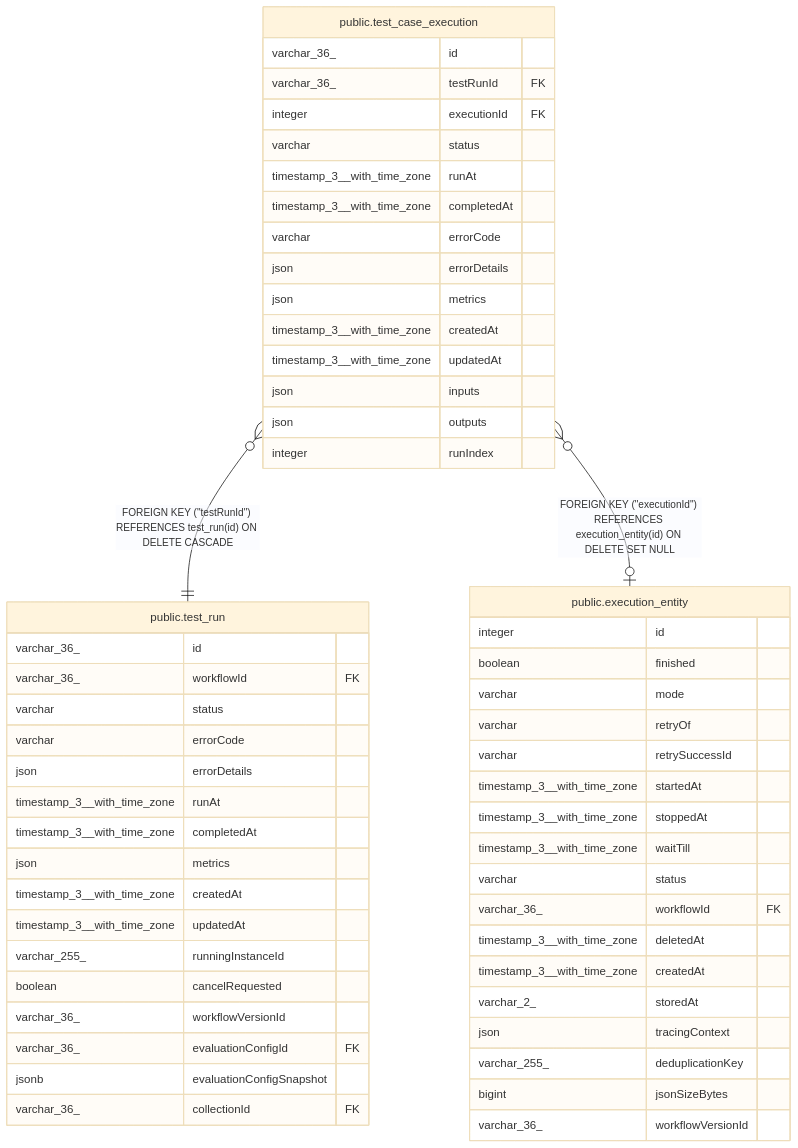
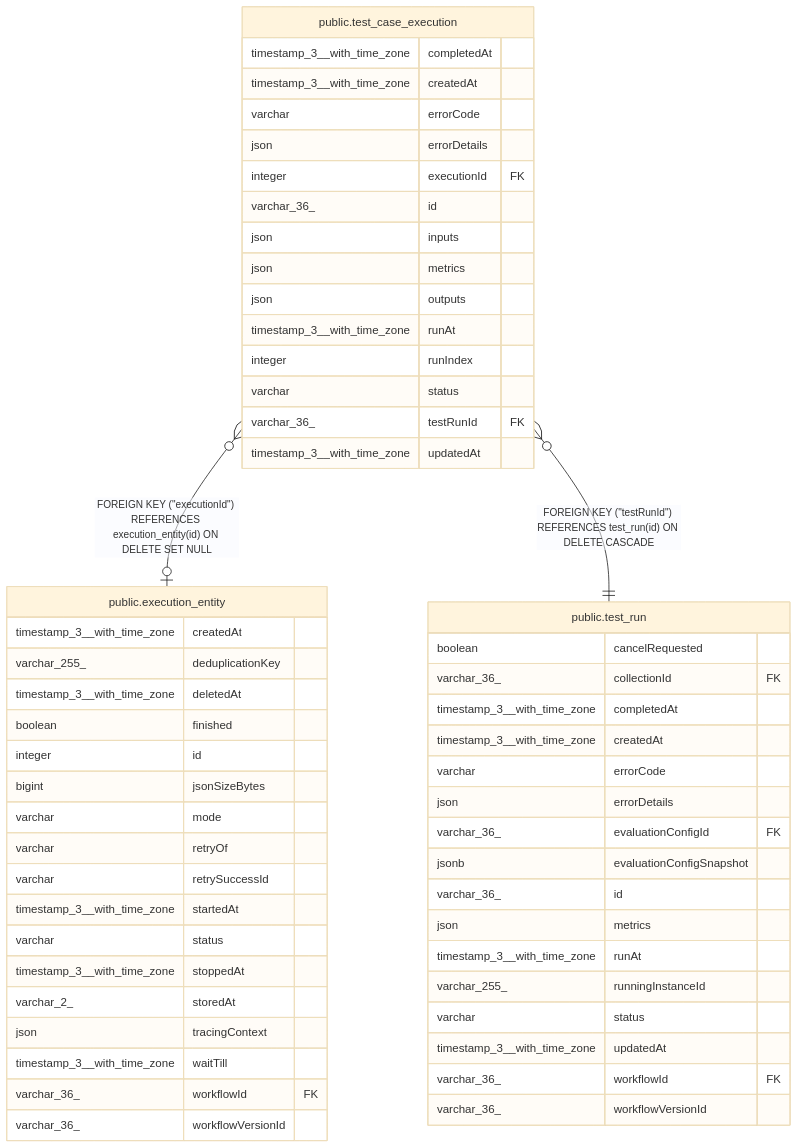
One commit to mayankjain1815-commits/n8n changed the diagram in docs/generated/postgres-schema/public.test_case_execution.md. Above: the diagram before and after it, drawn with Mermaid (base theme). The commit also changed other lines of this file and 221 other files, not shown here.

Commit message:
chore(core): Make DB schema docs generation deterministic (#32373)

````diff
--- a/docs/generated/postgres-schema/public.test_case_execution.md
+++ b/docs/generated/postgres-schema/public.test_case_execution.md
@@ -44,60 +44,60 @@
 ```mermaid
 erDiagram
 
+"public.test_case_execution" }o--o| "public.execution_entity" : "FOREIGN KEY (#quot;executionId#quot;) REFERENCES execution_entity(id) ON DELETE SET NULL"
 "public.test_case_execution" }o--|| "public.test_run" : "FOREIGN KEY (#quot;testRunId#quot;) REFERENCES test_run(id) ON DELETE CASCADE"
-"public.test_case_execution" }o--o| "public.execution_entity" : "FOREIGN KEY (#quot;executionId#quot;) REFERENCES execution_entity(id) ON DELETE SET NULL"
 
 "public.test_case_execution" {
-  varchar_36_ id
-  varchar_36_ testRunId FK
-  integer executionId FK
-  varchar status
-  timestamp_3__with_time_zone runAt
   timestamp_3__with_time_zone completedAt
+  timestamp_3__with_time_zone createdAt
   varchar errorCode
   json errorDetails
+  integer executionId FK
+  varchar_36_ id
+  json inputs
   json metrics
-  timestamp_3__with_time_zone createdAt
+  json outputs
+  timestamp_3__with_time_zone runAt
+  integer runIndex
+  varchar status
+  varchar_36_ testRunId FK
   timestamp_3__with_time_zone updatedAt
-  json inputs
-  json outputs
-  integer runIndex
-}
-"public.test_run" {
-  varchar_36_ id
-  varchar_36_ workflowId FK
-  varchar status
-  varchar errorCode
-  json errorDetails
-  timestamp_3__with_time_zone runAt
-  timestamp_3__with_time_zone completedAt
-  json metrics
-  timestamp_3__with_time_zone createdAt
-  timestamp_3__with_time_zone updatedAt
-  varchar_255_ runningInstanceId
-  boolean cancelRequested
-  varchar_36_ workflowVersionId
-  varchar_36_ evaluationConfigId FK
-  jsonb evaluationConfigSnapshot
-  varchar_36_ collectionId FK
 }
 "public.execution_entity" {
+  timestamp_3__with_time_zone createdAt
+  varchar_255_ deduplicationKey
+  timestamp_3__with_time_zone deletedAt
+  boolean finished
   integer id
-  boolean finished
+  bigint jsonSizeBytes
   varchar mode
   varchar retryOf
   varchar retrySuccessId
   timestamp_3__with_time_zone startedAt
+  varchar status
   timestamp_3__with_time_zone stoppedAt
-  timestamp_3__with_time_zone waitTill
-  varchar status
-  varchar_36_ workflowId FK
-  timestamp_3__with_time_zone deletedAt
-  timestamp_3__with_time_zone createdAt
   varchar_2_ storedAt
   json tracingContext
-  varchar_255_ deduplicationKey
-  bigint jsonSizeBytes
+  timestamp_3__with_time_zone waitTill
+  varchar_36_ workflowId FK
+  varchar_36_ workflowVersionId
+}
+"public.test_run" {
+  boolean cancelRequested
+  varchar_36_ collectionId FK
+  timestamp_3__with_time_zone completedAt
+  timestamp_3__with_time_zone createdAt
+  varchar errorCode
+  json errorDetails
+  varchar_36_ evaluationConfigId FK
+  jsonb evaluationConfigSnapshot
+  varchar_36_ id
+  json metrics
+  timestamp_3__with_time_zone runAt
+  varchar_255_ runningInstanceId
+  varchar status
+  timestamp_3__with_time_zone updatedAt
+  varchar_36_ workflowId FK
   varchar_36_ workflowVersionId
 }
 ```
````
